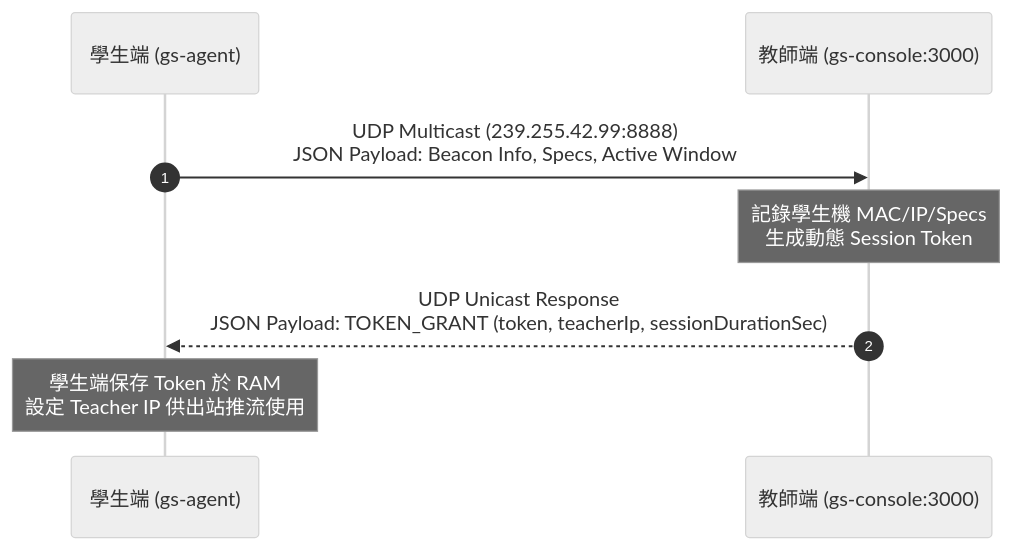
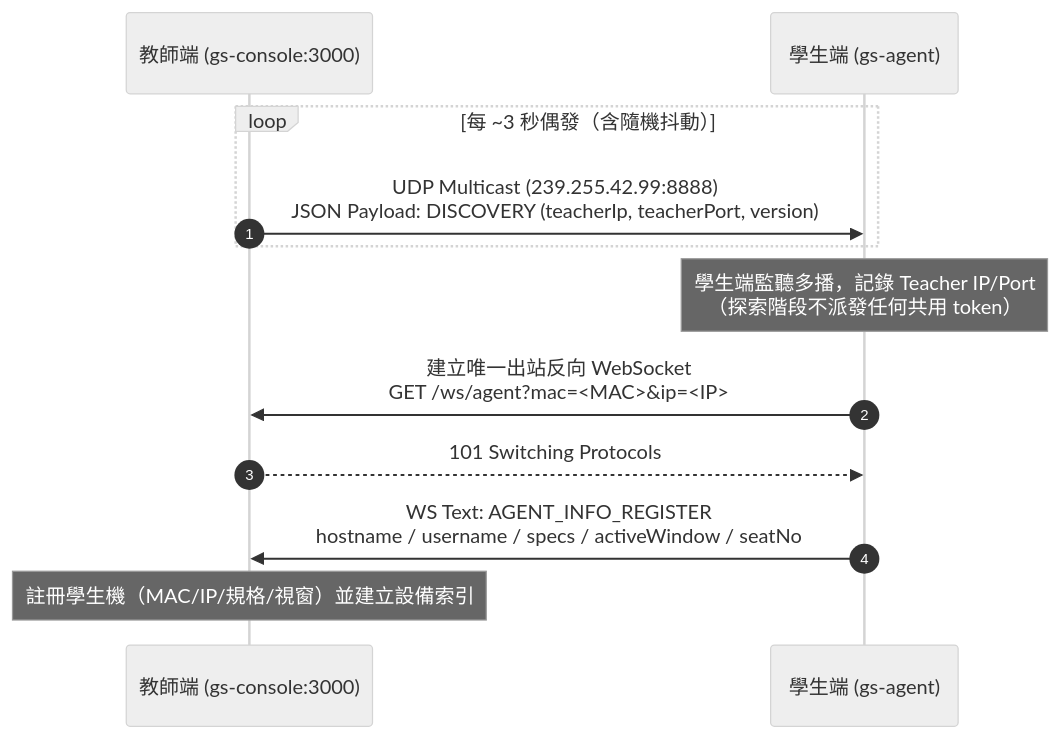
Before and after one commit to zzlee/gridsight: the first of 4 diagrams in docs/protocol_spec.md, drawn with Mermaid (neutral theme). The commit also changed other lines of this file and 56 other files, not shown here.

First line of the commit message:
feat(assignment,rollcall,docker): add assignment collection & share cluster tests, roll call flow, and card simplification

````diff
--- a/docs/protocol_spec.md
+++ b/docs/protocol_spec.md
@@ -26,11 +25,15 @@
 ```mermaid
 sequenceDiagram
     autonumber
+    participant Teacher as 教師端 (gs-console:3000)
     participant Student as 學生端 (gs-agent)
-    participant Teacher as 教師端 (gs-console:3000)
 
-    Student->>Teacher: UDP Multicast (239.255.42.99:8888)<br/>JSON Payload: Beacon Info, Specs, Active Window
-    Note over Teacher: 記錄學生機 MAC/IP/Specs<br/>生成動態 Session Token
-    Teacher-->>Student: UDP Unicast Response<br/>JSON Payload: TOKEN_GRANT (token, teacherIp, sessionDurationSec)
-    Note over Student: 學生端保存 Token 於 RAM<br/>設定 Teacher IP 供出站推流使用
+    loop 每 ~3 秒偶發（含隨機抖動）
+        Teacher->>Student: UDP Multicast (239.255.42.99:8888)<br/>JSON Payload: DISCOVERY (teacherIp, teacherPort, version)
+    end
+    Note over Student: 學生端監聽多播，記錄 Teacher IP/Port<br/>（探索階段不派發任何共用 token）
+    Student->>Teacher: 建立唯一出站反向 WebSocket<br/>GET /ws/agent?mac=<MAC>&ip=<IP>
+    Teacher-->>Student: 101 Switching Protocols
+    Student->>Teacher: WS Text: AGENT_INFO_REGISTER<br/>hostname / username / specs / activeWindow / seatNo
+    Note over Teacher: 註冊學生機（MAC/IP/規格/視窗）並建立設備索引
 ```
````
